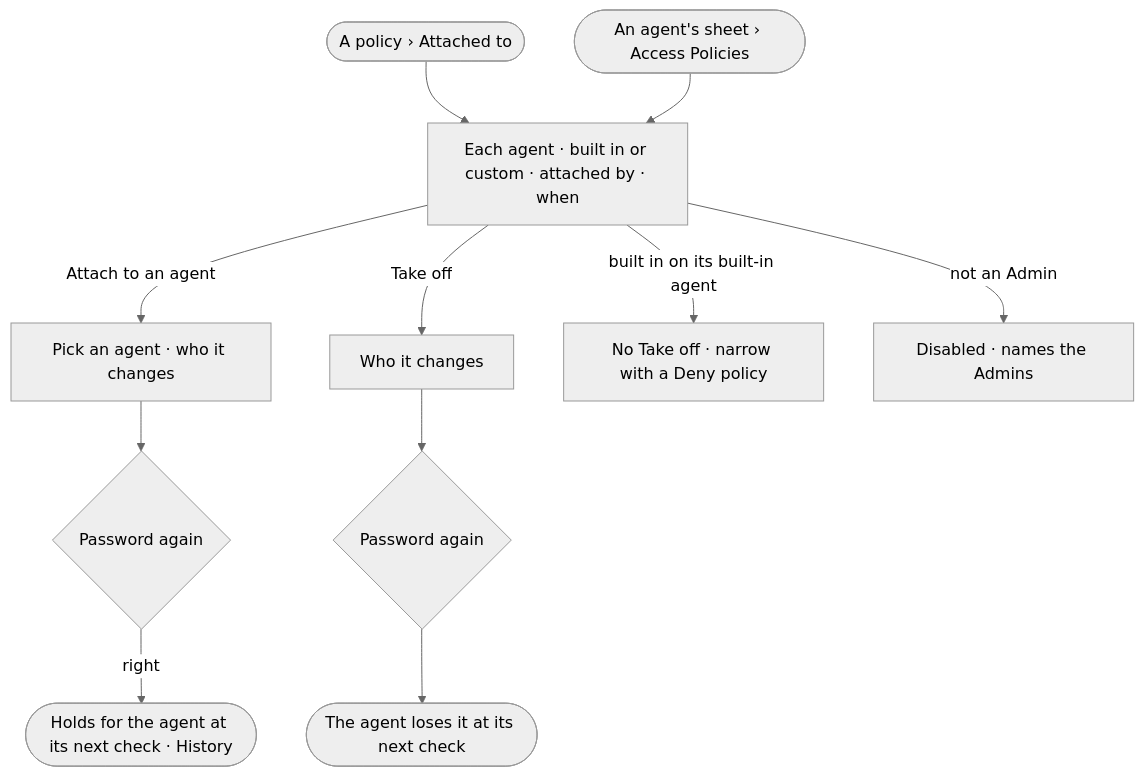
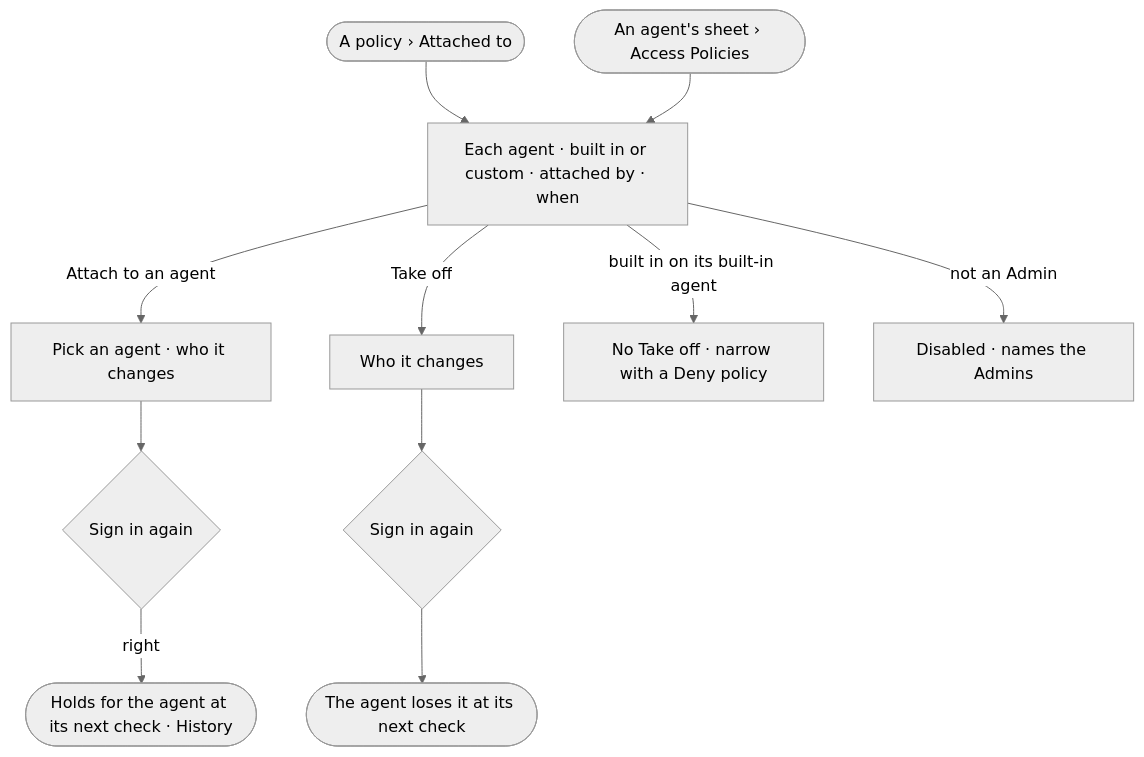
The diagram in specs/os/access/features/AC-F02-access-policies/stories/AC-11-attach-a-policy-to-agents/story.md (invana/invana), drawn with Mermaid (neutral theme) before and after one commit. The commit also changed other lines of this file and 300 other files, not shown here.

````diff
--- a/specs/os/access/features/AC-F02-access-policies/stories/AC-11-attach-a-policy-to-agents/story.md
+++ b/specs/os/access/features/AC-F02-access-policies/stories/AC-11-attach-a-policy-to-agents/story.md
@@ -26,11 +26,11 @@
 ```mermaid
 flowchart TD
   r([A policy › Attached to]) --> t["Each agent · built in or custom · attached by · when"]
   t -->|Attach to an agent| a["Pick an agent · who it changes"]
-  a --> pw{"Password again"}
+  a --> pw{"Sign in again"}
   pw -->|right| ok(["Holds for the agent at its next check · History"])
-  t -->|Take off| off["Who it changes"] --> pw2{"Password again"} --> gone(["The agent loses it at its next check"])
+  t -->|Take off| off["Who it changes"] --> pw2{"Sign in again"} --> gone(["The agent loses it at its next check"])
   t -->|built in on its built-in agent| fixed["No Take off · narrow with a Deny policy"]
   t -->|not an Admin| ask["Disabled · names the Admins"]
   ag([An agent's sheet › Access Policies]) --> t
 ```
````
